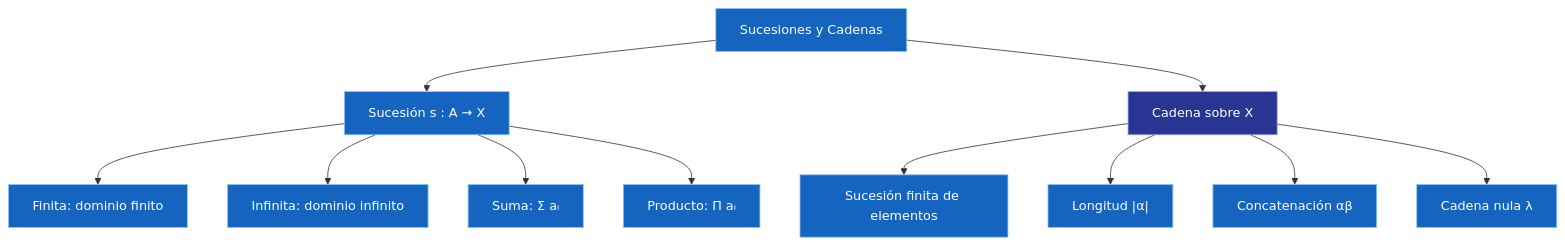
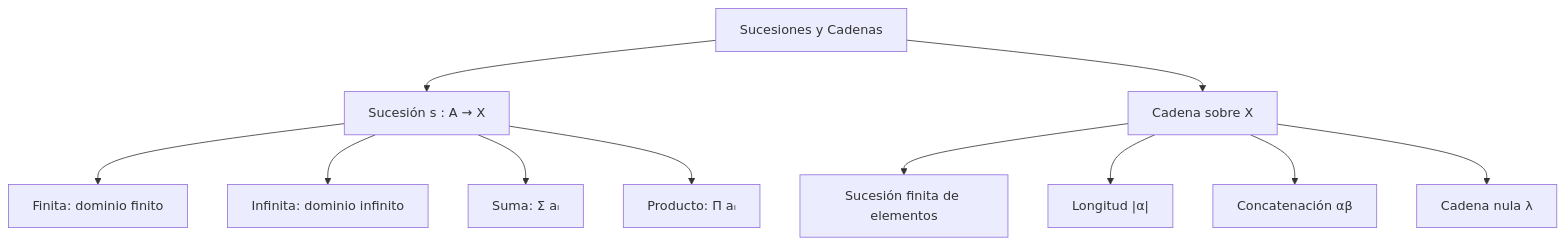
Before and after one commit to Fsteven22/Notas-ESPOL: the diagram in src/site/notes/Universidad/3er Semestre/Matemáticas Discretas/Unidad 2 - Funciones y Relaciones/04 - Sucesiones y Cadenas.md, drawn with Mermaid. The commit also changed other lines of this file and 179 other files, not shown here.

````diff
--- a/src/site/notes/Universidad/3er Semestre/Matemáticas Discretas/Unidad 2 - Funciones y Relaciones/04 - Sucesiones y Cadenas.md
+++ b/src/site/notes/Universidad/3er Semestre/Matemáticas Discretas/Unidad 2 - Funciones y Relaciones/04 - Sucesiones y Cadenas.md
@@ -311,25 +304,14 @@
 ```mermaid
 graph TD
     A[Sucesiones y Cadenas] --> B[Sucesión s : A → X]
     A --> C[Cadena sobre X]
     B --> D[Finita: dominio finito]
     B --> E[Infinita: dominio infinito]
     B --> F["Suma: Σ aᵢ"]
     B --> G["Producto: Π aᵢ"]
     C --> H[Sucesión finita de elementos]
     C --> I["Longitud |α|"]
     C --> J[Concatenación αβ]
     C --> K["Cadena nula λ"]
-    style A fill:#1565C0,color:#FFFFFF,stroke:#90CAF9,stroke-width:1px
-    style B fill:#1565C0,color:#FFFFFF,stroke:#90CAF9,stroke-width:1px
-    style C fill:#283593,color:#FFFFFF,stroke:#9FA8DA,stroke-width:1px
-    style D fill:#1565C0,color:#FFFFFF,stroke:#90CAF9,stroke-width:1px
-    style E fill:#1565C0,color:#FFFFFF,stroke:#90CAF9,stroke-width:1px
-    style F fill:#1565C0,color:#FFFFFF,stroke:#90CAF9,stroke-width:1px
-    style G fill:#1565C0,color:#FFFFFF,stroke:#90CAF9,stroke-width:1px
-    style H fill:#1565C0,color:#FFFFFF,stroke:#90CAF9,stroke-width:1px
-    style I fill:#1565C0,color:#FFFFFF,stroke:#90CAF9,stroke-width:1px
-    style J fill:#1565C0,color:#FFFFFF,stroke:#90CAF9,stroke-width:1px
-    style K fill:#1565C0,color:#FFFFFF,stroke:#90CAF9,stroke-width:1px
 
 ```
````
